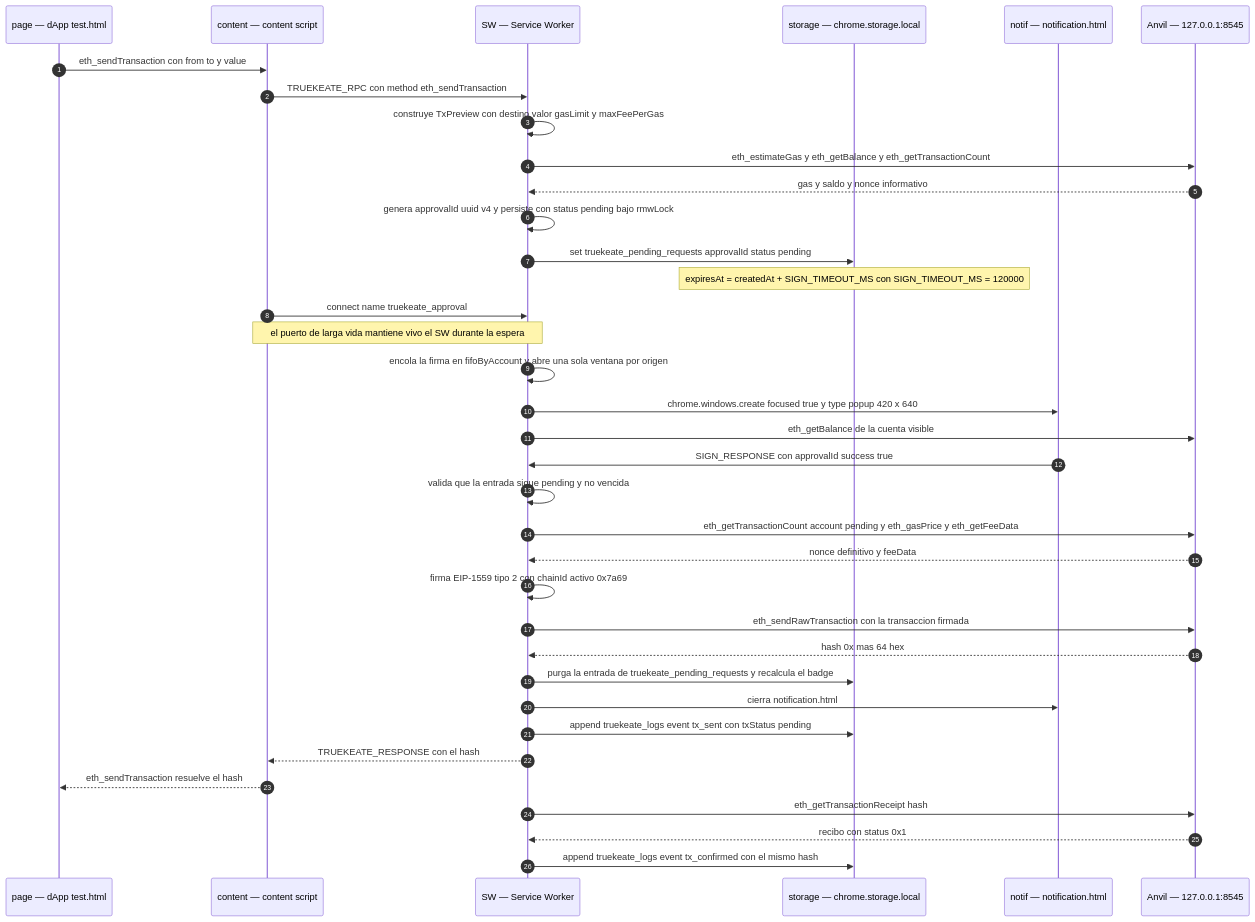
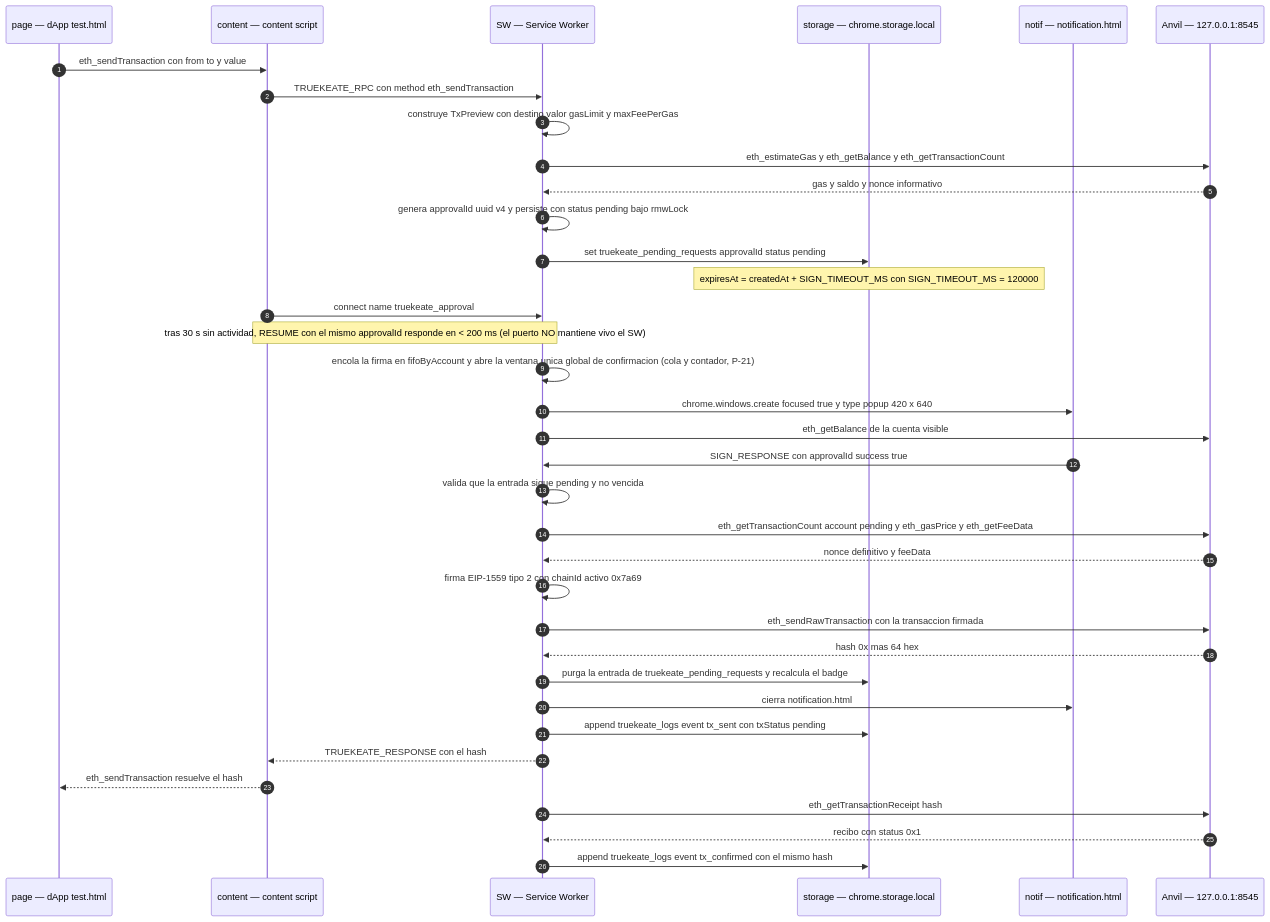
One commit to anlucorporations/chrome-wallet changed the fourth of 12 diagrams in RepoTecnico/casos_uso/diagramas.md. Above: the diagram before and after it, drawn with Mermaid. The commit also changed other lines of this file and 8 other files, not shown here.

````diff
--- a/RepoTecnico/casos_uso/diagramas.md
+++ b/RepoTecnico/casos_uso/diagramas.md
@@ -298,39 +298,39 @@
 ```mermaid
 sequenceDiagram
     autonumber
     participant page as page — dApp test.html
     participant content as content — content script
     participant SW as SW — Service Worker
     participant storage as storage — chrome.storage.local
     participant notif as notif — notification.html
     participant Anvil as Anvil — 127.0.0.1:8545
 
     page->>content: eth_sendTransaction con from to y value
     content->>SW: TRUEKEATE_RPC con method eth_sendTransaction
     SW->>SW: construye TxPreview con destino valor gasLimit y maxFeePerGas
     SW->>Anvil: eth_estimateGas y eth_getBalance y eth_getTransactionCount
     Anvil-->>SW: gas y saldo y nonce informativo
     SW->>SW: genera approvalId uuid v4 y persiste con status pending bajo rmwLock
     SW->>storage: set truekeate_pending_requests approvalId status pending
     Note over storage: expiresAt = createdAt + SIGN_TIMEOUT_MS con SIGN_TIMEOUT_MS = 120000
     content->>SW: connect name truekeate_approval
-    Note over content,SW: el puerto de larga vida mantiene vivo el SW durante la espera
-    SW->>SW: encola la firma en fifoByAccount y abre una sola ventana por origen
+    Note over content,SW: tras 30 s sin actividad, RESUME con el mismo approvalId responde en < 200 ms (el puerto NO mantiene vivo el SW)
+    SW->>SW: encola la firma en fifoByAccount y abre la ventana unica global de confirmacion (cola y contador, P-21)
     SW->>notif: chrome.windows.create focused true y type popup 420 x 640
     SW->>Anvil: eth_getBalance de la cuenta visible
     notif->>SW: SIGN_RESPONSE con approvalId success true
     SW->>SW: valida que la entrada sigue pending y no vencida
     SW->>Anvil: eth_getTransactionCount account pending y eth_gasPrice y eth_getFeeData
     Anvil-->>SW: nonce definitivo y feeData
     SW->>SW: firma EIP-1559 tipo 2 con chainId activo 0x7a69
     SW->>Anvil: eth_sendRawTransaction con la transaccion firmada
     Anvil-->>SW: hash 0x mas 64 hex
     SW->>storage: purga la entrada de truekeate_pending_requests y recalcula el badge
     SW->>notif: cierra notification.html
     SW->>storage: append truekeate_logs event tx_sent con txStatus pending
     SW-->>content: TRUEKEATE_RESPONSE con el hash
     content-->>page: eth_sendTransaction resuelve el hash
     SW->>Anvil: eth_getTransactionReceipt hash
     Anvil-->>SW: recibo con status 0x1
     SW->>storage: append truekeate_logs event tx_confirmed con el mismo hash
 ```
````
